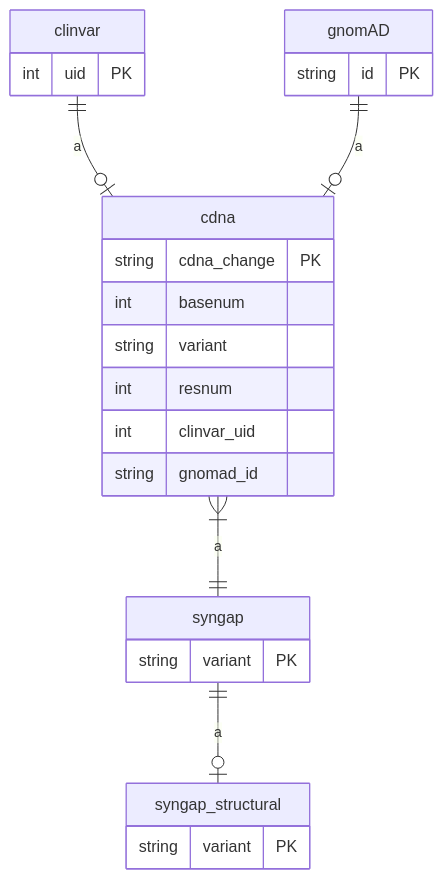
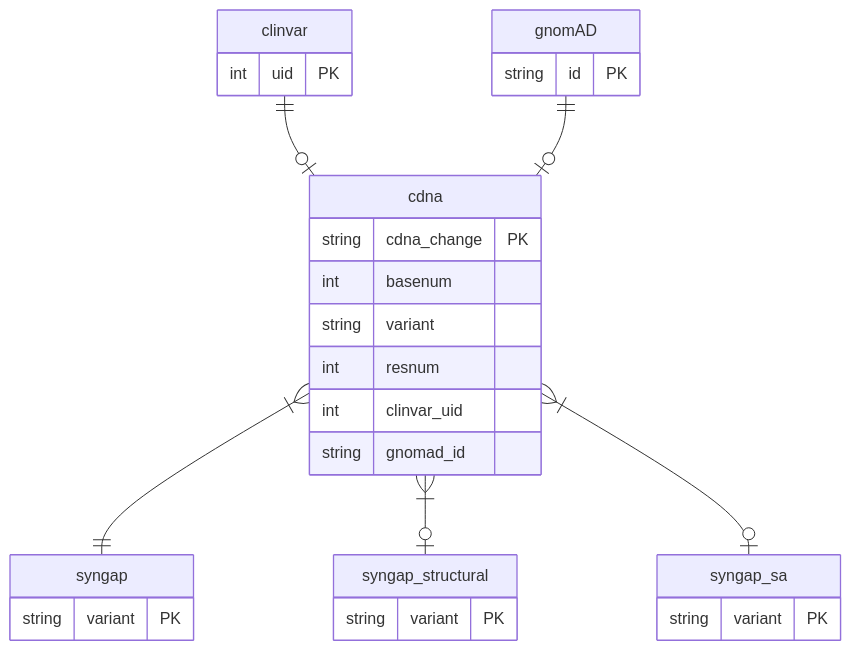
One commit to jvlehtonen/SGM_schema changed the diagram in README.md. Above: the diagram before and after it, drawn with Mermaid. The commit also changed other lines of this file, not shown here.

````diff
--- a/README.md
+++ b/README.md
@@ -42,27 +46,31 @@
 ```mermaid
 erDiagram
-    clinvar ||--o| cdna : a
-    gnomAD ||--o| cdna : a
-    cdna }|--|| syngap : a
-    syngap ||--o| syngap_structural : a
+    clinvar ||--o| cdna : ""
+    gnomAD ||--o| cdna : ""
+    cdna }|--|| syngap : ""
+    cdna }|--o| syngap_structural : ""
+    cdna }|--o| syngap_sa : ""
     clinvar{
         int uid PK
     }
     gnomAD{
         string id PK
     }
     cdna{
         string cdna_change PK
         int basenum
         string variant
         int resnum
         int clinvar_uid
         string gnomad_id
     }
     syngap{
         string variant PK
     }
     syngap_structural{
         string variant PK
     }
+    syngap_sa{
+        string variant PK
+    }
 ```
````
